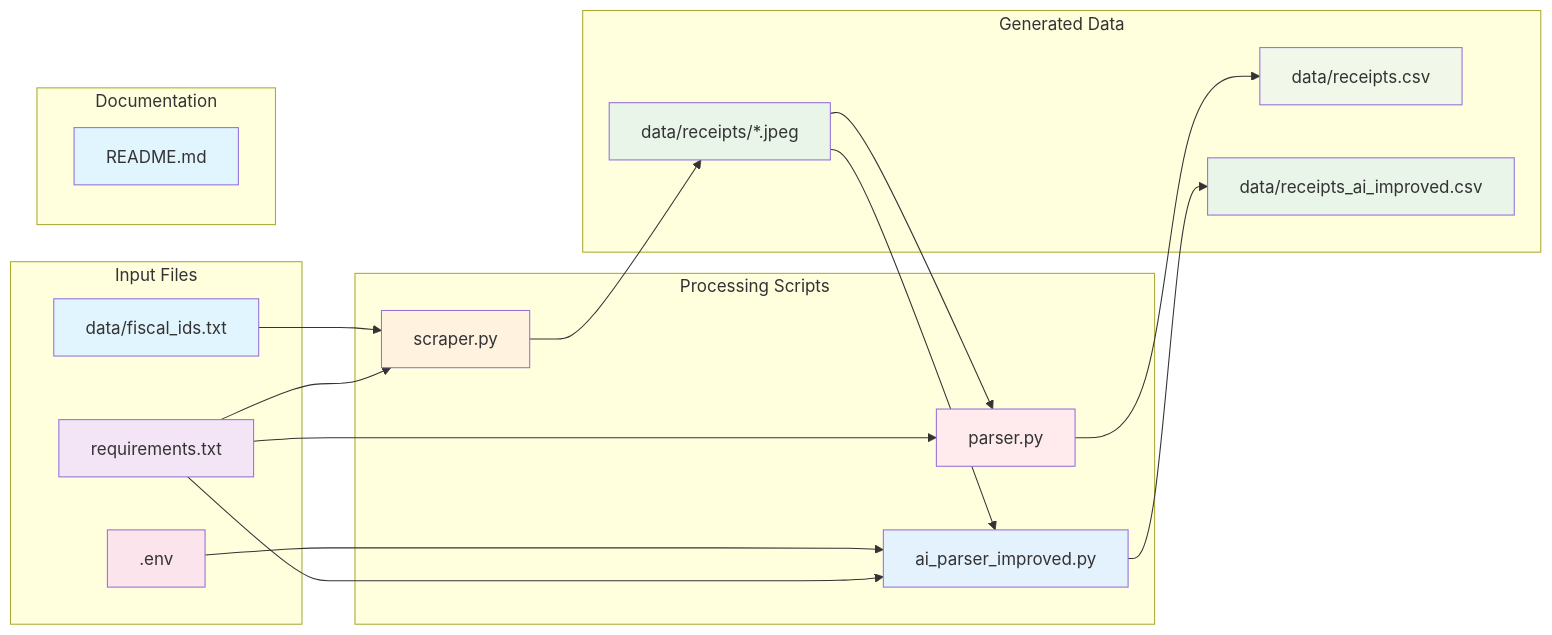
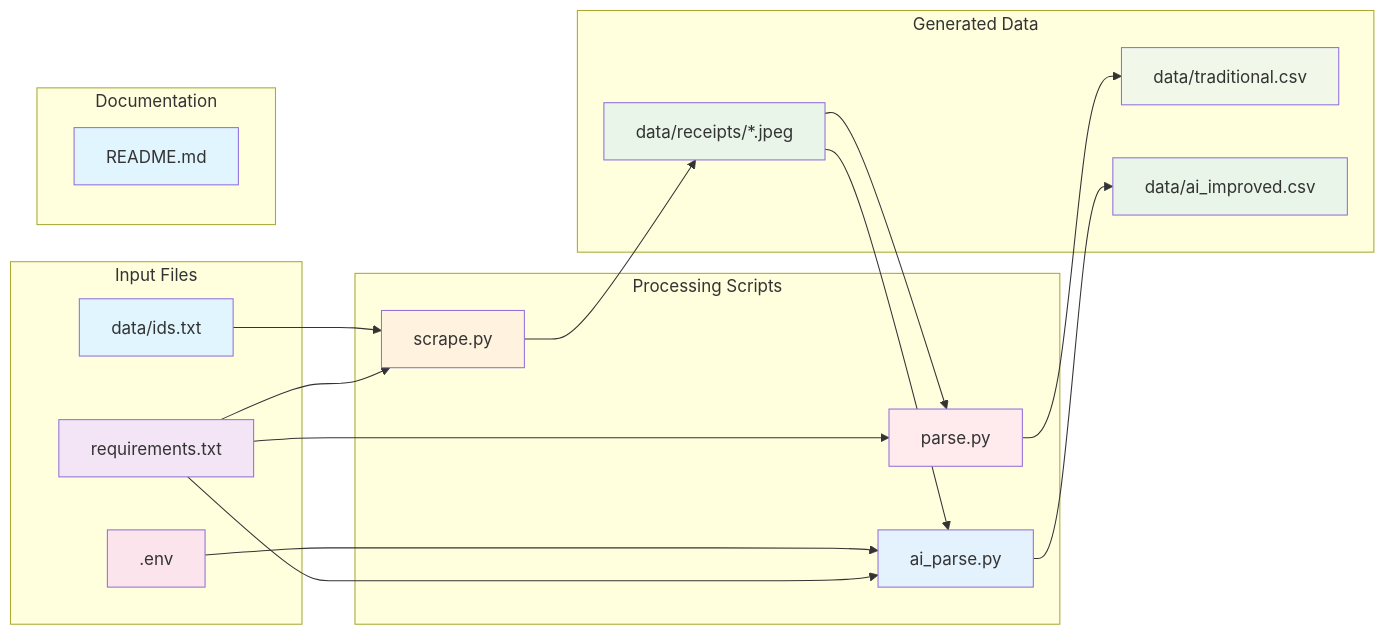
The third of 8 diagrams in README.md (scraper-bots/receipt_data), drawn with Mermaid before and after one commit. The commit also changed other lines of this file and 6 other files, not shown here.

````diff
--- a/README.md
+++ b/README.md
@@ -140,46 +140,46 @@
 ```mermaid
 graph LR
     subgraph "Input Files"
-        A[data/fiscal_ids.txt]
+        A[data/ids.txt]
         B[.env]
         C[requirements.txt]
     end
     
     subgraph "Processing Scripts"
-        D[scraper.py]
-        E[parser.py]
-        F[ai_parser_improved.py]
+        D[scrape.py]
+        E[parse.py]
+        F[ai_parse.py]
     end
     
     subgraph "Generated Data"
         G[data/receipts/*.jpeg]
-        H[data/receipts.csv]
-        I[data/receipts_ai_improved.csv]
+        H[data/traditional.csv]
+        I[data/ai_improved.csv]
     end
     
     subgraph "Documentation"
         J[README.md]
     end
     
     A --> D
     B --> F
     C --> D
     C --> E
     C --> F
     D --> G
     G --> E
     G --> F
     E --> H
     F --> I
     
     style A fill:#e1f5fe
     style B fill:#fce4ec
     style C fill:#f3e5f5
     style D fill:#fff3e0
     style E fill:#ffebee
     style F fill:#e3f2fd
     style G fill:#e8f5e8
     style H fill:#f1f8e9
     style I fill:#e8f5e8
     style J fill:#e1f5fe
 ```
````
